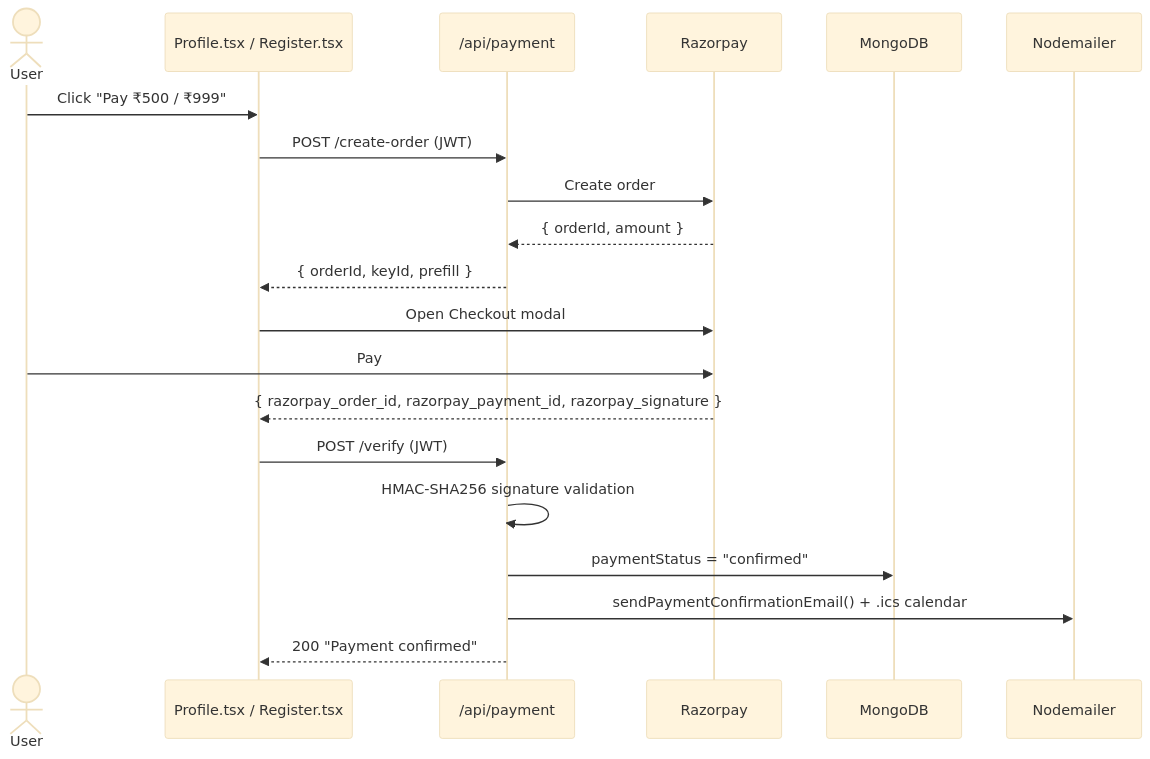
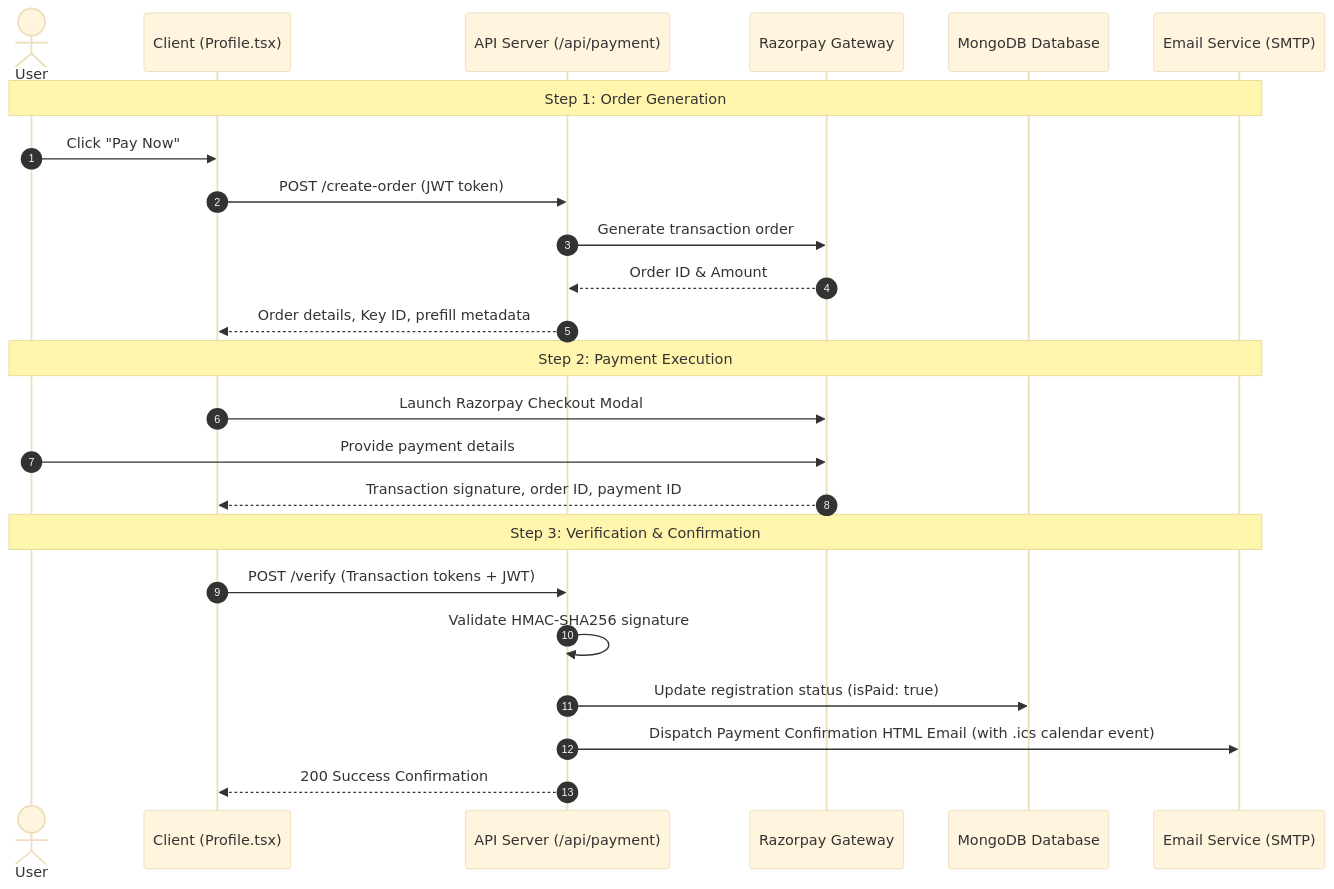
Before and after one commit to akshayaav246-collab/LeadwithAI: the third of 3 diagrams in README.md, drawn with Mermaid (base theme). The commit also changed other lines of this file, not shown here.

````diff
--- a/README.md
+++ b/README.md
@@ -232,25 +237,29 @@
 ```mermaid
 sequenceDiagram
+    autonumber
     actor User
-    participant FE as Profile.tsx / Register.tsx
-    participant BE as /api/payment
-    participant RZP as Razorpay
-    participant DB as MongoDB
-    participant Mail as Nodemailer
+    participant FE as Client (Profile.tsx)
+    participant BE as API Server (/api/payment)
+    participant RZP as Razorpay Gateway
+    participant DB as MongoDB Database
+    participant SMTP as Email Service (SMTP)
 
-    User->>FE: Click "Pay ₹500 / ₹999"
-    FE->>BE: POST /create-order (JWT)
-    BE->>RZP: Create order
-    RZP-->>BE: { orderId, amount }
-    BE-->>FE: { orderId, keyId, prefill }
+    Note over User, SMTP: Step 1: Order Generation
+    User->>FE: Click "Pay Now"
+    FE->>BE: POST /create-order (JWT token)
+    BE->>RZP: Generate transaction order
+    RZP-->>BE: Order ID & Amount
+    BE-->>FE: Order details, Key ID, prefill metadata
 
-    FE->>RZP: Open Checkout modal
-    User->>RZP: Pay
-    RZP-->>FE: { razorpay_order_id, razorpay_payment_id, razorpay_signature }
+    Note over User, SMTP: Step 2: Payment Execution
+    FE->>RZP: Launch Razorpay Checkout Modal
+    User->>RZP: Provide payment details
+    RZP-->>FE: Transaction signature, order ID, payment ID
 
-    FE->>BE: POST /verify (JWT)
-    BE->>BE: HMAC-SHA256 signature validation
-    BE->>DB: paymentStatus = "confirmed"
-    BE->>Mail: sendPaymentConfirmationEmail() + .ics calendar
-    BE-->>FE: 200 "Payment confirmed"
+    Note over User, SMTP: Step 3: Verification & Confirmation
+    FE->>BE: POST /verify (Transaction tokens + JWT)
+    BE->>BE: Validate HMAC-SHA256 signature
+    BE->>DB: Update registration status (isPaid: true)
+    BE->>SMTP: Dispatch Payment Confirmation HTML Email (with .ics calendar event)
+    BE-->>FE: 200 Success Confirmation
 ```
````
